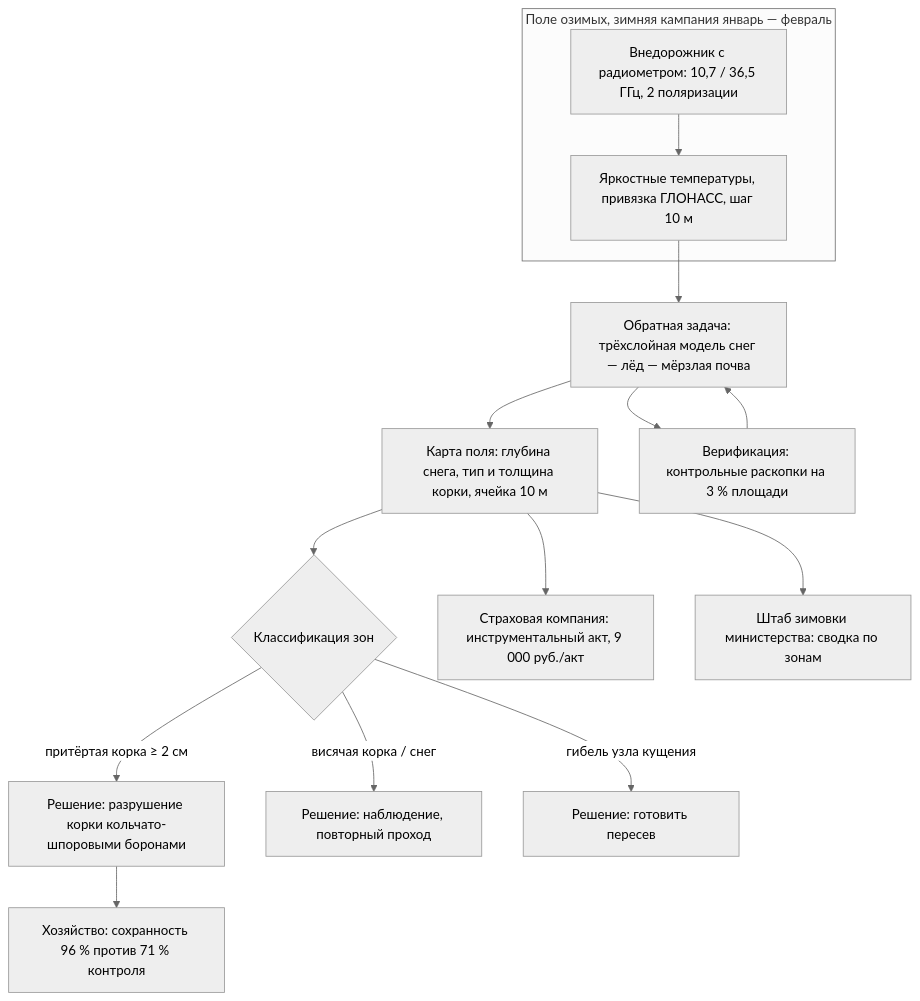
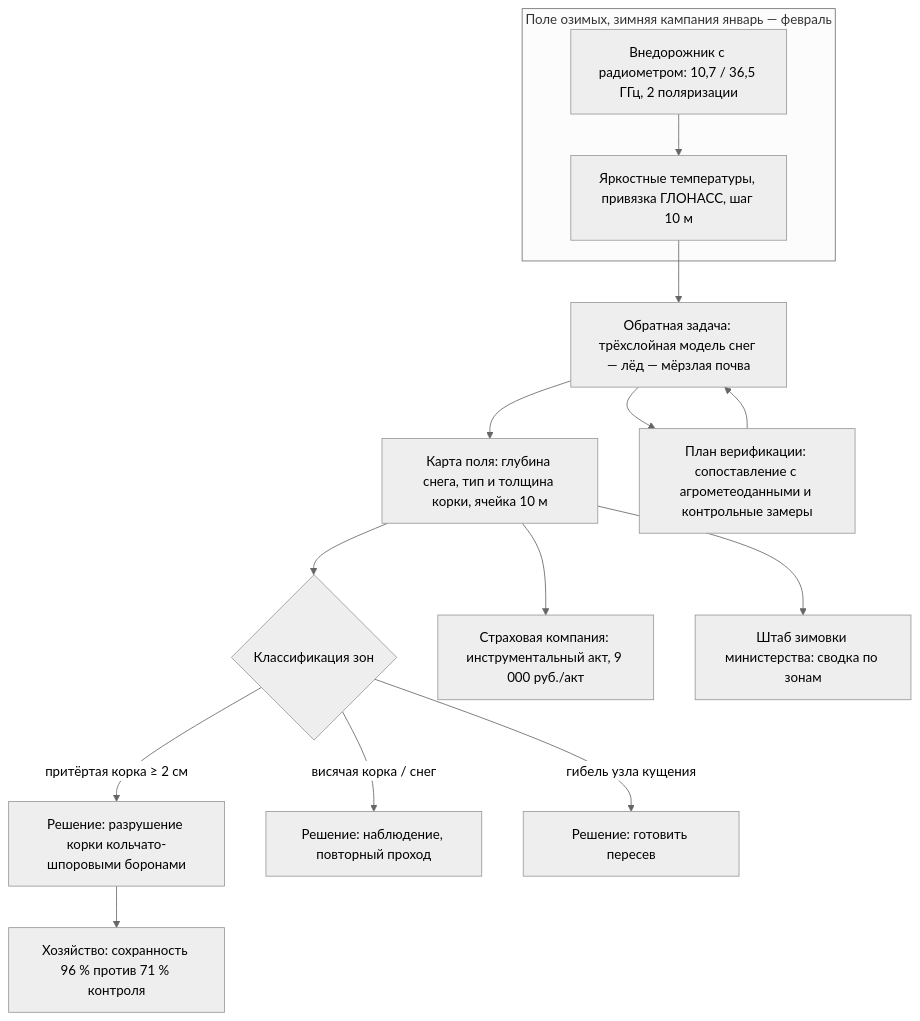
The diagram in abredzh_islam/02_agro_biotech/ЗАЯВКА.md (Igorr112323/-IQYOGOD), drawn with Mermaid (neutral theme) before and after one commit. The commit also changed other lines of this file and 27 other files, not shown here.

````diff
--- a/abredzh_islam/02_agro_biotech/ЗАЯВКА.md
+++ b/abredzh_islam/02_agro_biotech/ЗАЯВКА.md
@@ -49,17 +49,17 @@
 ```mermaid
 flowchart TB
     subgraph FIELD["Поле озимых, зимняя кампания январь — февраль"]
         A["Внедорожник с радиометром: 10,7 / 36,5 ГГц, 2 поляризации"] --> B["Яркостные температуры, привязка ГЛОНАСС, шаг 10 м"]
     end
     B --> C["Обратная задача: трёхслойная модель снег — лёд — мёрзлая почва"]
     C --> D["Карта поля: глубина снега, тип и толщина корки, ячейка 10 м"]
     D --> E{"Классификация зон"}
     E -->|"притёртая корка ≥ 2 см"| F["Решение: разрушение корки кольчато-шпоровыми боронами"]
     E -->|"висячая корка / снег"| G["Решение: наблюдение, повторный проход"]
     E -->|"гибель узла кущения"| H["Решение: готовить пересев"]
     F --> I["Хозяйство: сохранность 96 % против 71 % контроля"]
     D --> J["Страховая компания: инструментальный акт, 9 000 руб./акт"]
     D --> K["Штаб зимовки министерства: сводка по зонам"]
-    C --> L["Верификация: контрольные раскопки на 3 % площади"]
+    C --> L["План верификации: сопоставление с агрометеоданными и контрольные замеры"]
     L --> C
 ```
````
